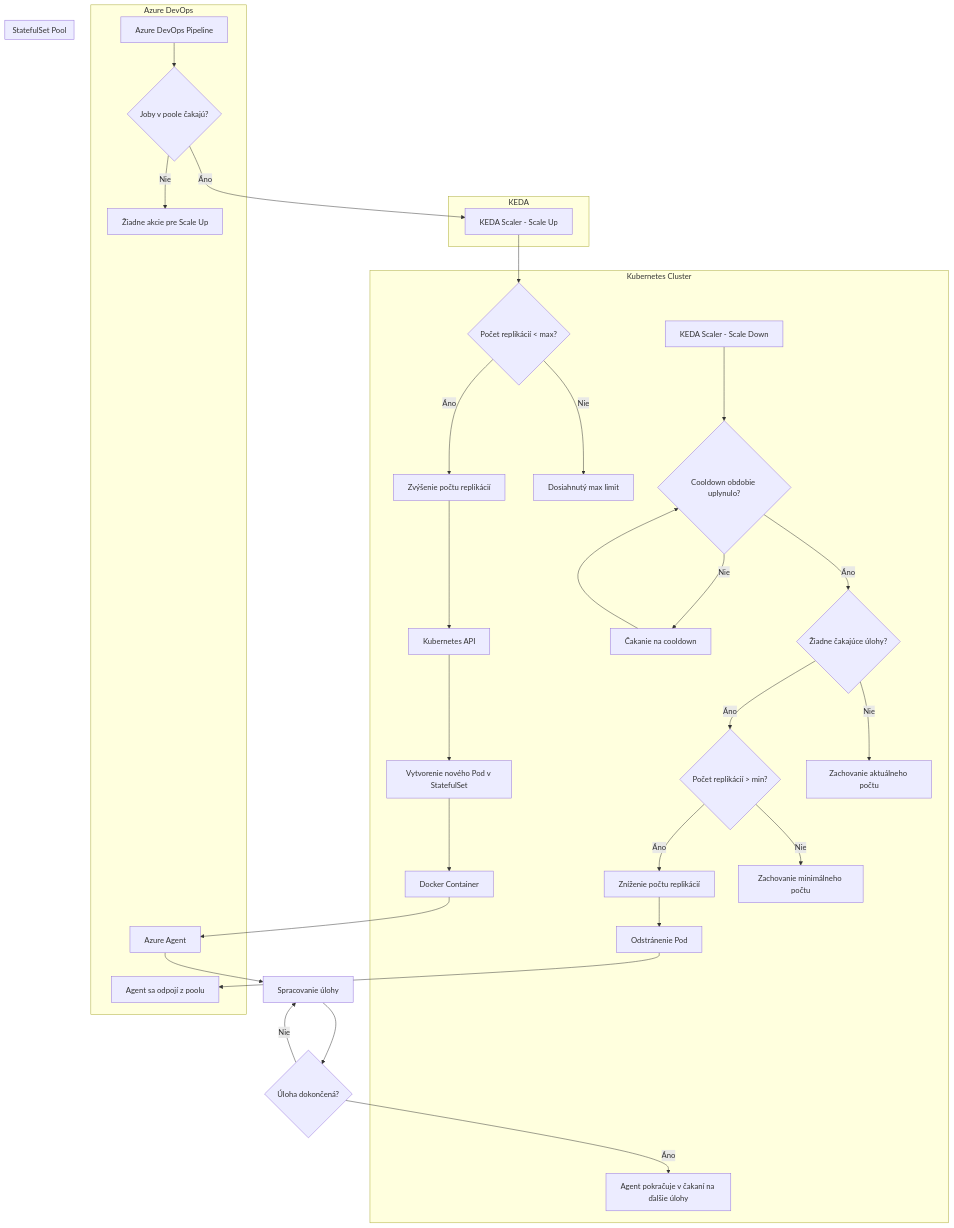
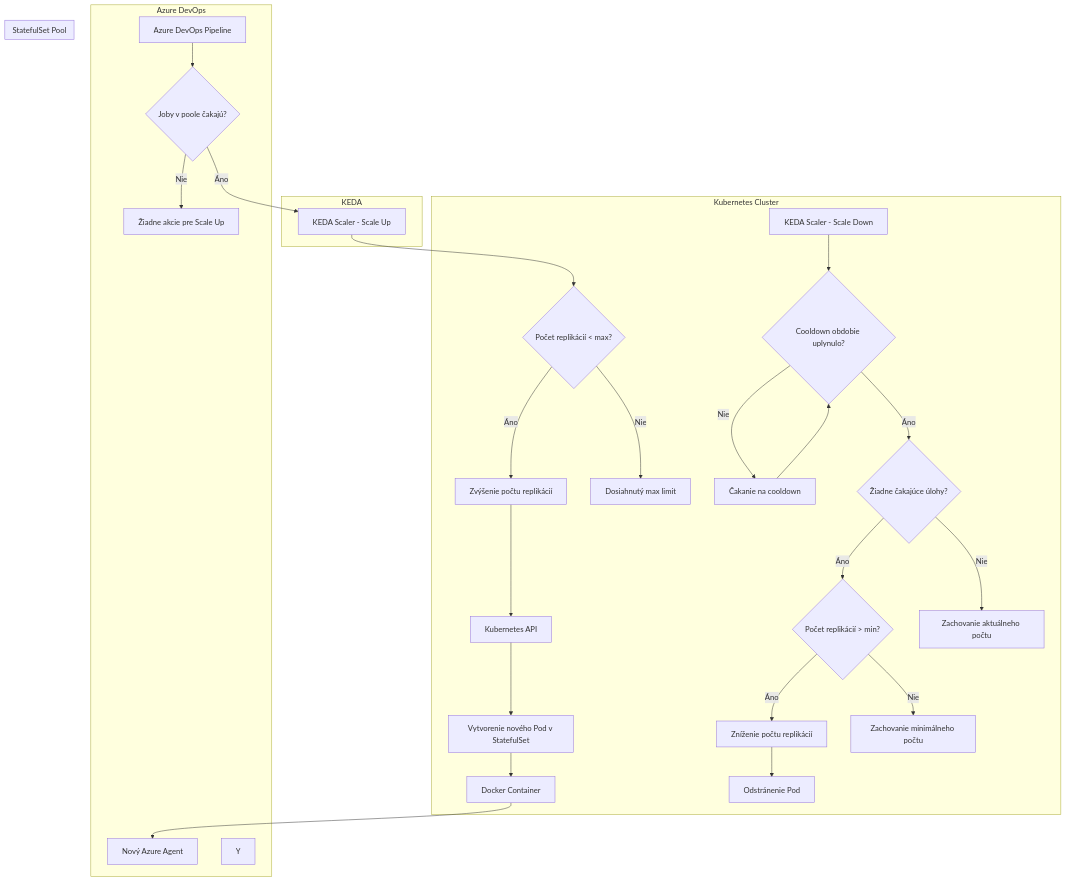
Before and after one commit to motycak/kros-sk.github.io: the diagram in linuxmachine/user-documentation.md, drawn with Mermaid.

````diff
--- a/linuxmachine/user-documentation.md
+++ b/linuxmachine/user-documentation.md
@@ -39,70 +39,63 @@
 ```mermaid
 flowchart TD
     A[Azure DevOps Pipeline] --> B{Joby v poole čakajú?}
     B -->|Áno| C[KEDA Scaler - Scale Up]
     B -->|Nie| D[Žiadne akcie pre Scale Up]
     
     C --> F{Počet replikácií < max?}
     F -->|Áno| G[Zvýšenie počtu replikácií]
     F -->|Nie| H[Dosiahnutý max limit]
     
     G --> I[Kubernetes API]
     I --> J[Vytvorenie nového Pod v StatefulSet]
     J --> K[Docker Container]
-    K --> L[Azure Agent]
-    L --> M[Spracovanie úlohy]
-    
-    M --> N{Úloha dokončená?}
-    N -->|Nie| M
-    N -->|Áno| O[Agent pokračuje v čakaní na ďalšie úlohy]
+    K --> L[Nový Azure Agent]
     
     %% Paralelná kontrola pre škálovanie nadol
     P[KEDA Scaler - Scale Down] --> Q{Cooldown obdobie uplynulo?}
     Q -->|Nie| R[Čakanie na cooldown]
     R --> Q
     Q -->|Áno| S{Žiadne čakajúce úlohy?}
     S -->|Áno| T{Počet replikácií > min?}
     T -->|Áno| U[Zníženie počtu replikácií]
     T -->|Nie| V[Zachovanie minimálneho počtu]
     S -->|Nie| W[Zachovanie aktuálneho počtu]
     
     U --> X[Odstránenie Pod]
-    X --> Y[Agent sa odpojí z poolu]
     
     subgraph "Kubernetes Cluster"
         F
         G
         H
         I
         J
         K
-        O
         P
         Q
         R
         S
         T
         U
         V
         W
         X
     end
     
     subgraph "Azure DevOps"
         A
         B
         D
         L
         Y
     end
     
     subgraph "KEDA"
         C
         P
     end
     
     subgraph "StatefulSet Pool"
         J
         X
     end
 ```
````
